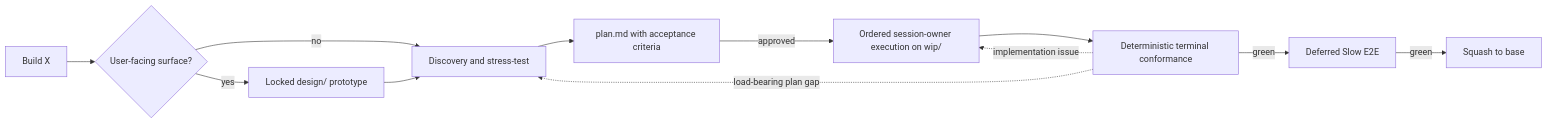
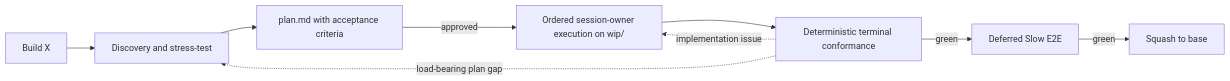
The diagram in README.md (babymum7/gsd), drawn with Mermaid before and after one commit. The commit also changed other lines of this file and 37 other files, not shown here.

First line of the commit message:
Remove design/prototype workflow enforcement from GSD

````diff
--- a/README.md
+++ b/README.md
@@ -44,14 +44,11 @@
 ```mermaid
 flowchart LR
-    U["Build X"] --> D{User-facing surface?}
-    D -->|yes| Y[Locked design/ prototype]
-    D -->|no| B[Discovery and stress-test]
-    Y --> B
+    U["Build X"] --> B[Discovery and stress-test]
     B --> P[plan.md with acceptance criteria]
     P -->|approved| E[Ordered session-owner execution on wip/]
     E --> V[Deterministic terminal conformance]
     V -->|green| S[Deferred Slow E2E]
     S -->|green| M[Squash to base]
     V -.implementation issue.-> E
     V -.load-bearing plan gap.-> B
 ```
````
